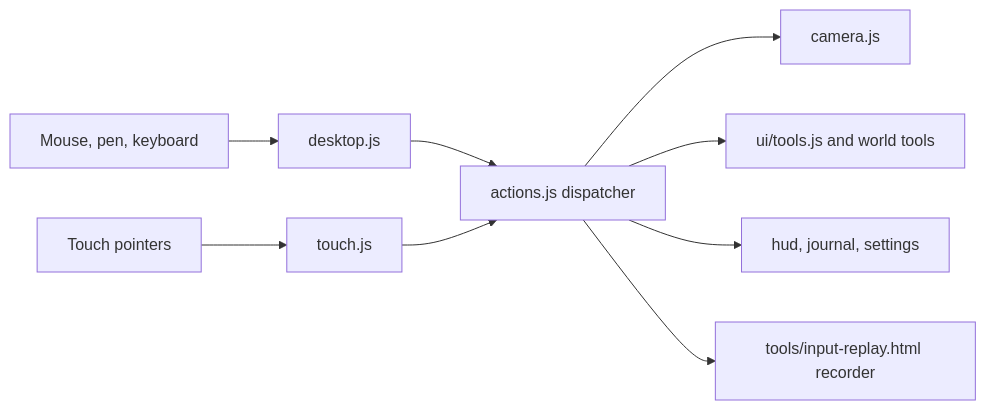
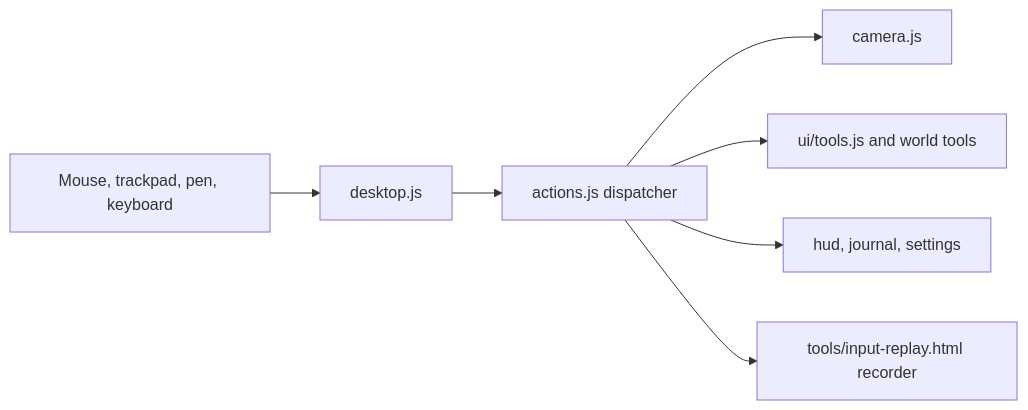
One commit to mshomper/ebb changed the diagram in docs/15-camera-input-and-ui.md. Above: the diagram before and after it, drawn with Mermaid. The commit also changed other lines of this file and 31 other files, not shown here.

````diff
--- a/docs/15-camera-input-and-ui.md
+++ b/docs/15-camera-input-and-ui.md
@@ -61,11 +61,9 @@
 ```mermaid
 flowchart LR
-  M[Mouse, pen, keyboard] --> D[desktop.js]
-  T[Touch pointers] --> TO[touch.js]
+  M[Mouse, trackpad, pen, keyboard] --> D[desktop.js]
   D --> A[actions.js dispatcher]
-  TO --> A
   A --> C[camera.js]
   A --> TL[ui/tools.js and world tools]
   A --> H[hud, journal, settings]
   A --> R[tools/input-replay.html recorder]
 ```
````
